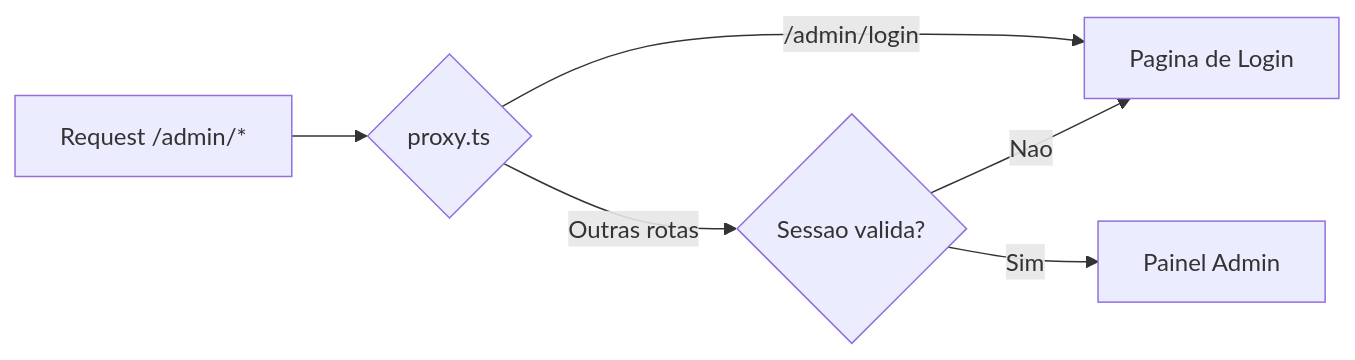
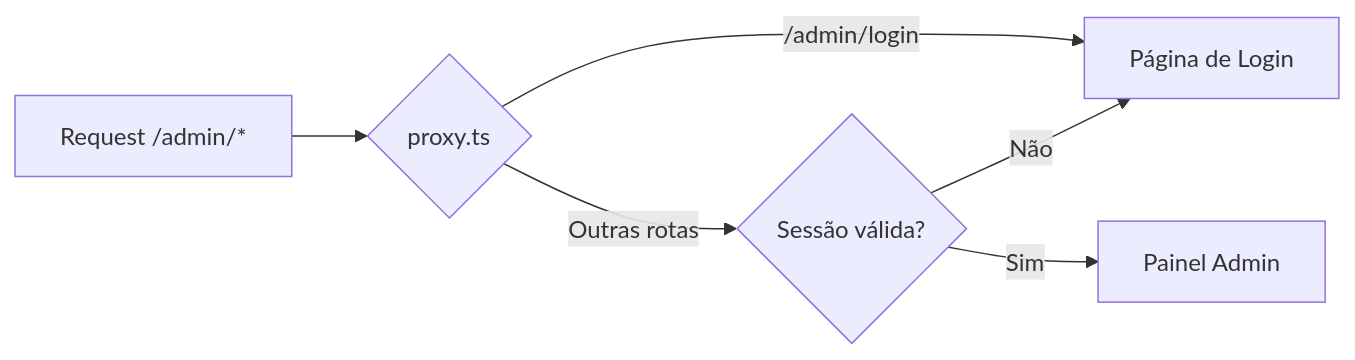
One commit to elbarroca/soraia_web changed the second of 4 diagrams in README.md. Above: the diagram before and after it, drawn with Mermaid. The commit also changed other lines of this file and 39 other files, not shown here.

````diff
--- a/README.md
+++ b/README.md
@@ -67,8 +67,8 @@
 ```mermaid
 graph LR
     A[Request /admin/*] --> B{proxy.ts}
-    B -->|/admin/login| C[Pagina de Login]
-    B -->|Outras rotas| D{Sessao valida?}
+    B -->|/admin/login| C[Página de Login]
+    B -->|Outras rotas| D{Sessão válida?}
     D -->|Sim| E[Painel Admin]
-    D -->|Nao| C
+    D -->|Não| C
 ```
````
